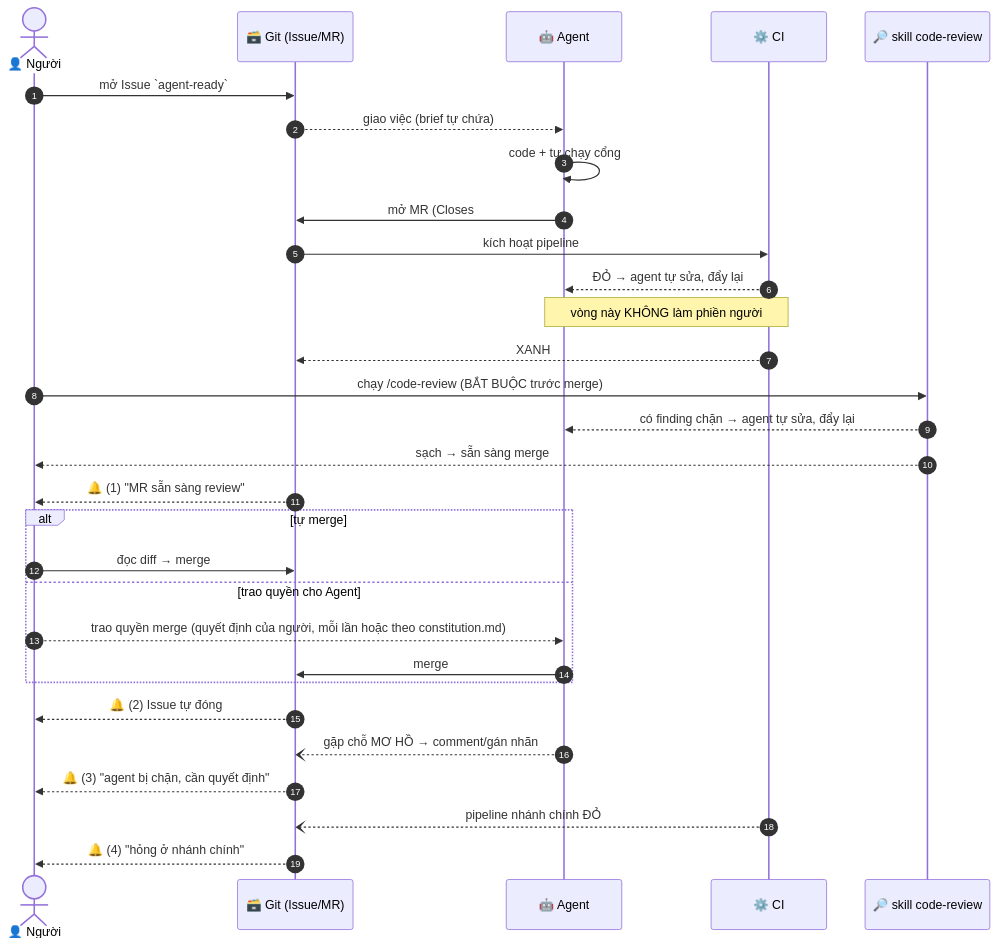
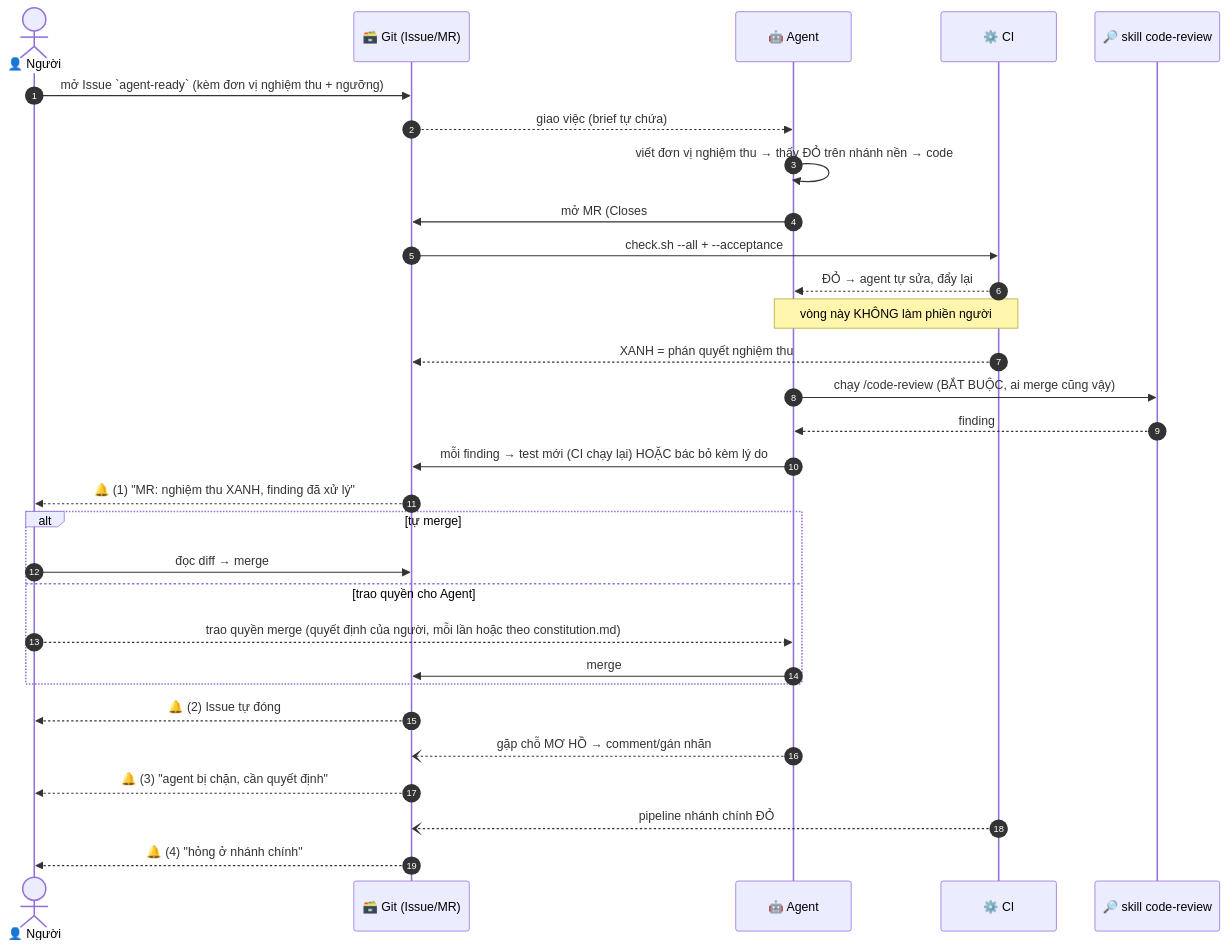
One commit to Jester6136/claude.general changed the second of 2 diagrams in GIT-FLOW.md. Above: the diagram before and after it, drawn with Mermaid. The commit also changed other lines of this file and 9 other files, not shown here.

````diff
--- a/GIT-FLOW.md
+++ b/GIT-FLOW.md
@@ -152,34 +161,34 @@
 ```mermaid
 sequenceDiagram
     autonumber
     actor N as 👤 Người
     participant G as 🗃️ Git (Issue/MR)
     participant A as 🤖 Agent
     participant C as ⚙️ CI
     participant R as 🔎 skill code-review
 
-    N->>G: mở Issue `agent-ready`
+    N->>G: mở Issue `agent-ready` (kèm đơn vị nghiệm thu + ngưỡng)
     G-->>A: giao việc (brief tự chứa)
-    A->>A: code + tự chạy cổng
+    A->>A: viết đơn vị nghiệm thu → thấy ĐỎ trên nhánh nền → code
     A->>G: mở MR (Closes #NN)
-    G->>C: kích hoạt pipeline
+    G->>C: check.sh --all + --acceptance
     C-->>A: ĐỎ → agent tự sửa, đẩy lại
     Note over A,C: vòng này KHÔNG làm phiền người
-    C-->>G: XANH
-    N->>R: chạy /code-review (BẮT BUỘC trước merge)
-    R-->>A: có finding chặn → agent tự sửa, đẩy lại
-    R-->>N: sạch → sẵn sàng merge
-    G-->>N: 🔔 (1) "MR sẵn sàng review"
+    C-->>G: XANH = phán quyết nghiệm thu
+    A->>R: chạy /code-review (BẮT BUỘC, ai merge cũng vậy)
+    R-->>A: finding
+    A->>G: mỗi finding → test mới (CI chạy lại) HOẶC bác bỏ kèm lý do
+    G-->>N: 🔔 (1) "MR: nghiệm thu XANH, finding đã xử lý"
     alt tự merge
         N->>G: đọc diff → merge
     else trao quyền cho Agent
         N-->>A: trao quyền merge (quyết định của người, mỗi lần hoặc theo constitution.md)
         A->>G: merge
     end
     G-->>N: 🔔 (2) Issue tự đóng
 
     A--)G: gặp chỗ MƠ HỒ → comment/gán nhãn
     G-->>N: 🔔 (3) "agent bị chặn, cần quyết định"
     C--)G: pipeline nhánh chính ĐỎ
     G-->>N: 🔔 (4) "hỏng ở nhánh chính"
 ```
````
